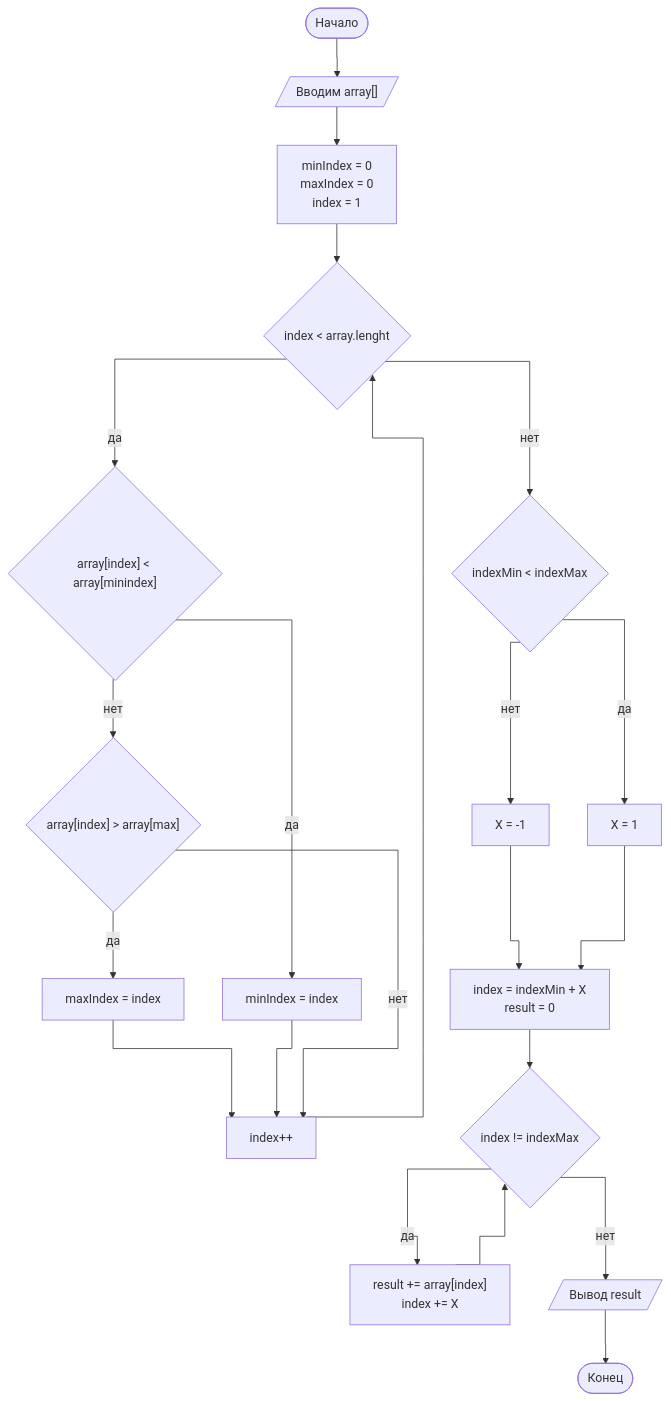
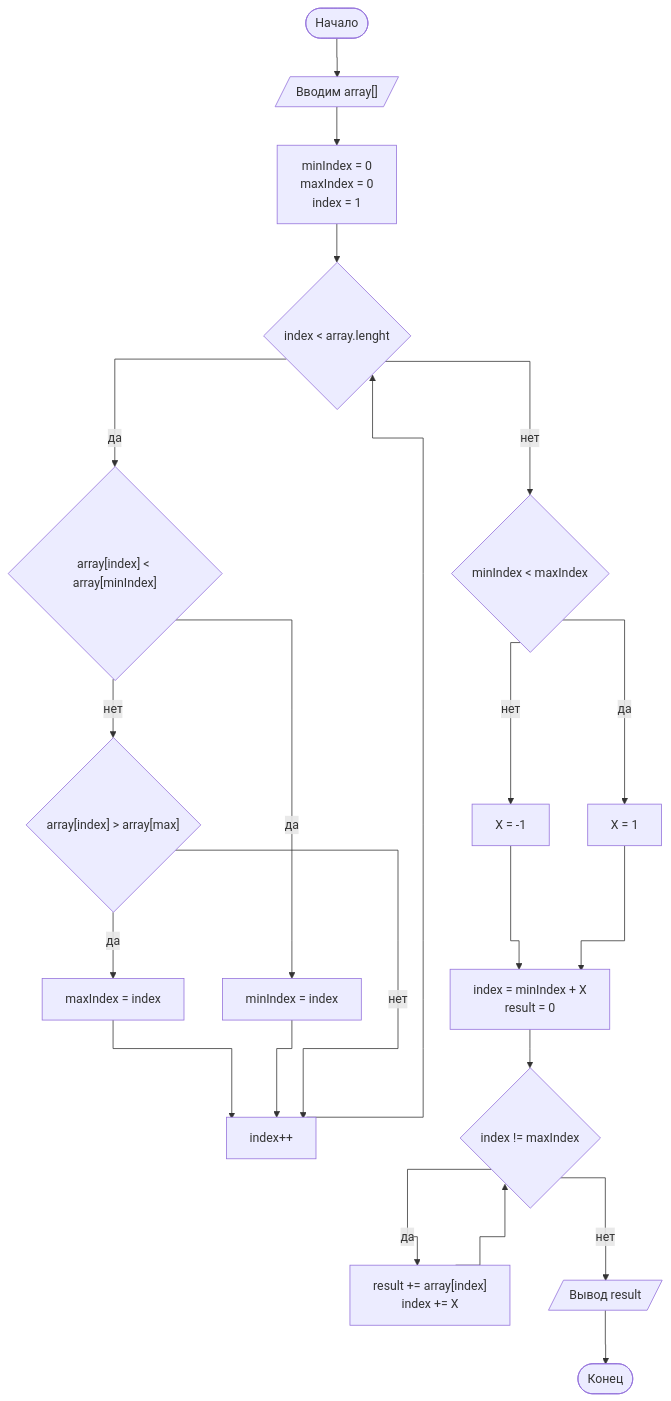
The fourth of 4 diagrams in README.md (esimankova/formatREADME), drawn with Mermaid before and after one commit.

Commit message:
bugfix
Исправил пару ошибок в блок схеме

````diff
--- a/README.md
+++ b/README.md
@@ -492,42 +492,42 @@
 ```mermaid
 %%{ init: { 'flowchart': { 'curve': 'stepAfter' } } }%%
 flowchart TD;
     begin(["Начало"]) 
     b1[/"Вводим array[]"/]
     c1["minIndex = 0<br>maxIndex = 0<br>index = 1"]
     d1{"index < array.lenght"}
-    d2{"array[index] < array[minindex]"}
+    d2{"array[index] < array[minIndex]"}
     c2["minIndex = index"]
     d3{"array[index] > array[max]"}
     c3["maxIndex = index"]
     c4["index++"]
-    d4{"indexMin < indexMax"}
+    d4{"minIndex < maxIndex"}
     c5["X = -1"]
     c6["X = 1"]
-    c7["index = indexMin + X<br>result = 0"]
-    d5{"index != indexMax"}
+    c7["index = minIndex + X<br>result = 0"]
+    d5{"index != maxIndex"}
     c8["result += array[index]<br>index += X"]
     b2[/"Вывод result"/]
     theEnd(["Конец"])
     begin --> b1
     b1--> c1
     c1 --> d1
     d1 -- да --> d2
     d2 -- да --> c2
     d2 -- нет --> d3
     d3 -- да -->c3
     c3 --> c4
     c2 --> c4
     d3 -- нет --> c4
     c4 --> d1
     d1 -- нет -->d4
     d4 -- нет -->c5
     d4 -- да -->c6
     c5 --> c7
     c6 --> c7
     c7 -->d5
     d5 -- да --> c8
     c8 -->d5
     d5 -- нет --> b2
     b2 --> theEnd
 ```
````
